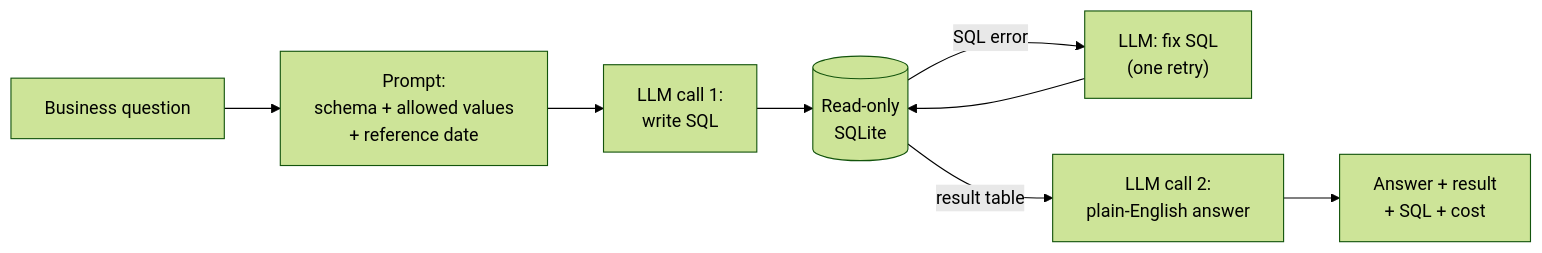
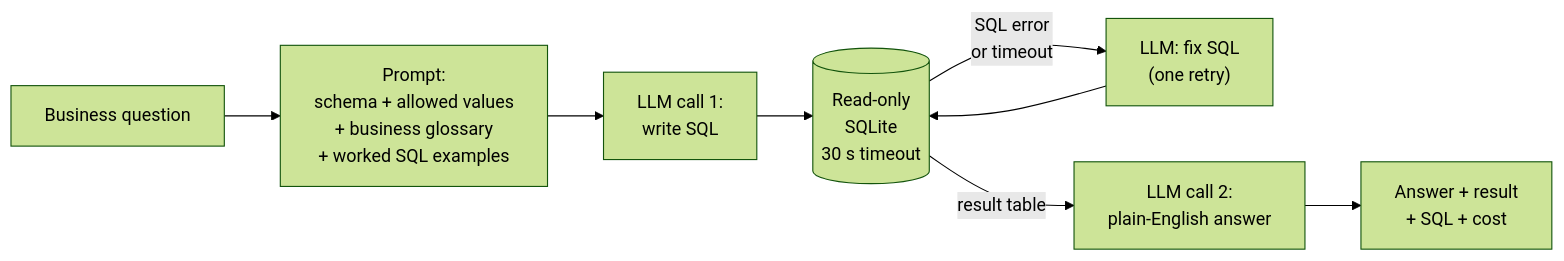
Before and after one commit to siddhartha2312/logistics-ops-copilot: the diagram in README.md, drawn with Mermaid (forest theme). The commit also changed other lines of this file and 14 other files, not shown here.

Commit message:
v1: business glossary, worked examples, timeouts - 15/15 on dev set (3 runs)

````diff
--- a/README.md
+++ b/README.md
@@ -53,10 +53,10 @@
 ```mermaid
 flowchart LR
-    Q["Business question"] --> P["Prompt:<br/>schema + allowed values<br/>+ reference date"]
+    Q["Business question"] --> P["Prompt:<br/>schema + allowed values<br/>+ business glossary<br/>+ worked SQL examples"]
     P --> L1["LLM call 1:<br/>write SQL"]
-    L1 --> DB[("Read-only<br/>SQLite")]
-    DB -->|"SQL error"| FIX["LLM: fix SQL<br/>(one retry)"]
+    L1 --> DB[("Read-only<br/>SQLite<br/>30 s timeout")]
+    DB -->|"SQL error<br/>or timeout"| FIX["LLM: fix SQL<br/>(one retry)"]
     FIX --> DB
     DB -->|"result table"| L2["LLM call 2:<br/>plain-English answer"]
     L2 --> A["Answer + result<br/>+ SQL + cost"]
 ```
````
